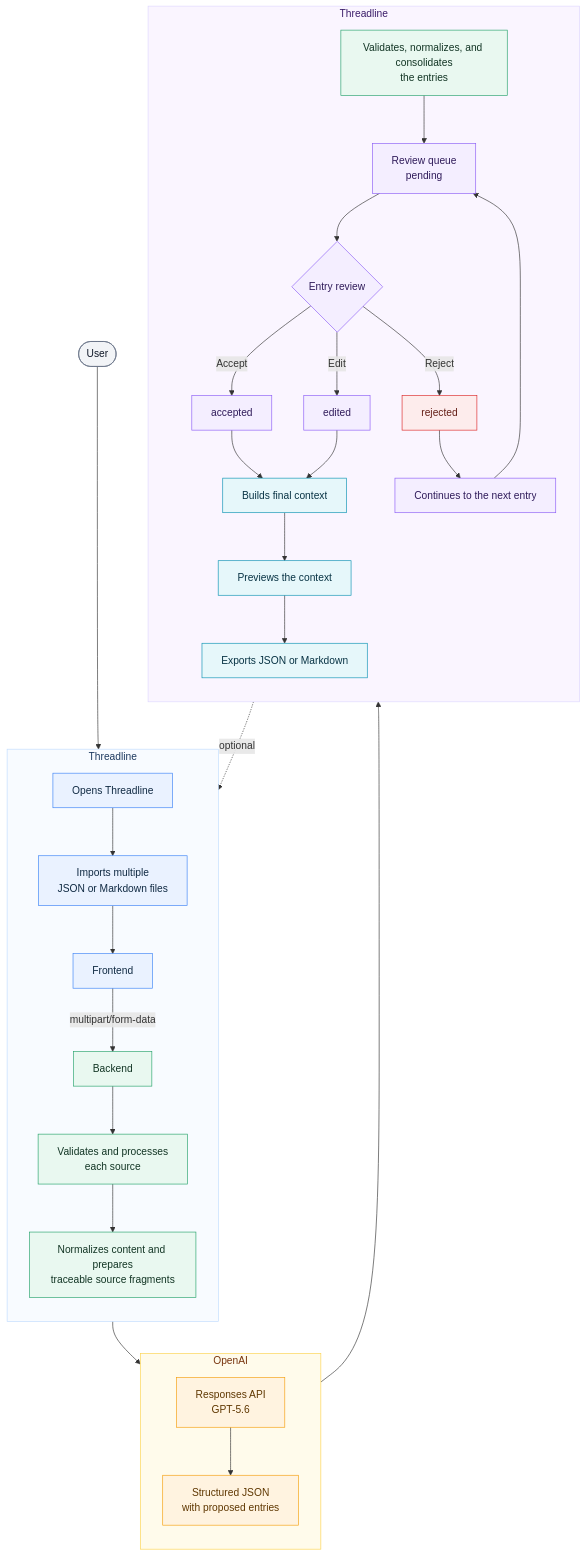
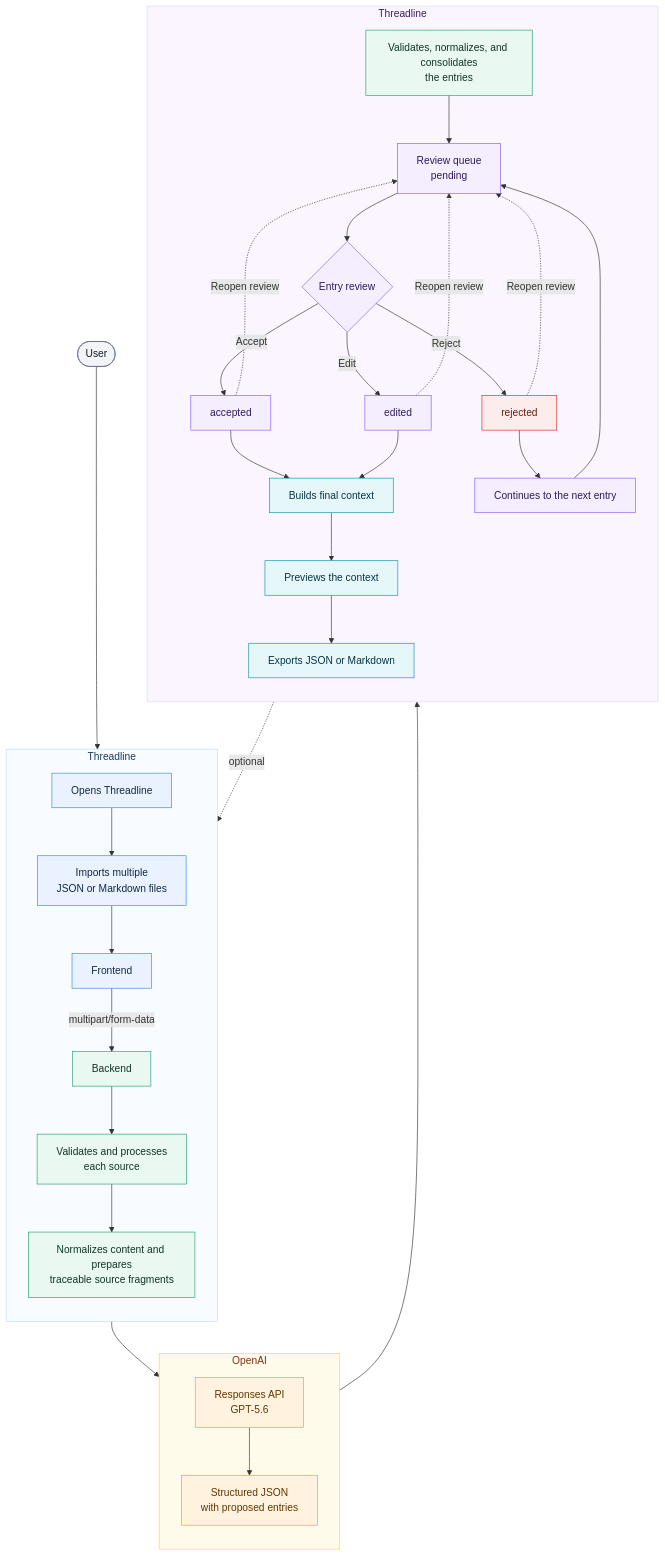
Before and after one commit to orgimeno/threadline: the diagram in docs/architecture/threadline-flow.mmd, drawn with Mermaid. The commit also changed 8 other files, not shown here.

```diff
--- a/docs/architecture/threadline-flow.mmd
+++ b/docs/architecture/threadline-flow.mmd
@@ -1,55 +1,58 @@
 flowchart TD
     user([User]) --> open[Opens Threadline]
 
     subgraph TL[Threadline]
       direction TD
       open --> upload[Imports multiple<br/>JSON or Markdown files]
       upload --> frontend[Frontend]
       frontend -->|multipart/form-data| backend[Backend]
       backend --> validate[Validates and processes<br/>each source]
       validate --> prepare[Normalizes content and prepares<br/>traceable source fragments]
     end
 
     subgraph OAI[OpenAI]
       direction TD
       prepare --> response[Responses API<br/>GPT-5.6]
       response --> structured[Structured JSON<br/>with proposed entries]
     end
 
     subgraph TL2[Threadline]
       direction TD
       structured --> consolidate[Validates, normalizes, and consolidates<br/>the entries]
       consolidate --> queue[Review queue<br/>pending]
       queue --> decision{Entry review}
       decision -->|Accept| accepted[accepted]
       decision -->|Edit| edited[edited]
       decision -->|Reject| rejected[rejected]
       accepted --> final[Builds final context]
       edited --> final
       rejected --> next[Continues to the next entry]
+      accepted -. Reopen review .-> queue
+      edited -. Reopen review .-> queue
+      rejected -. Reopen review .-> queue
       next --> queue
       final --> preview[Previews the context]
       preview --> export[Exports JSON or Markdown]
     end
 
     export -. optional .-> upload
 
     classDef user fill:#F2F4F7,stroke:#667085,color:#101828,stroke-width:1px;
     classDef frontend fill:#EAF2FF,stroke:#3B82F6,color:#102A43,stroke-width:1px;
     classDef backend fill:#E9F8F0,stroke:#24A26A,color:#123524,stroke-width:1px;
     classDef openai fill:#FFF3E0,stroke:#F59E0B,color:#5F3700,stroke-width:1px;
     classDef review fill:#F4EEFF,stroke:#8B5CF6,color:#2F1B5A,stroke-width:1px;
     classDef final fill:#E6F7FA,stroke:#0891B2,color:#083344,stroke-width:1px;
     classDef rejected fill:#FDECEC,stroke:#DC2626,color:#641E16,stroke-width:1px;
 
     class user user;
     class open,upload,frontend frontend;
     class backend,validate,prepare,consolidate backend;
     class response,structured openai;
     class queue,decision,accepted,edited,next review;
     class rejected rejected;
     class final,preview,export final;
 
     style TL fill:#F8FBFF,stroke:#BFDBFE,stroke-width:1px,color:#1E3A5F
     style OAI fill:#FFFBEB,stroke:#FCD34D,stroke-width:1px,color:#78350F
     style TL2 fill:#FAF5FF,stroke:#DDD6FE,stroke-width:1px,color:#3B1D6A
```
